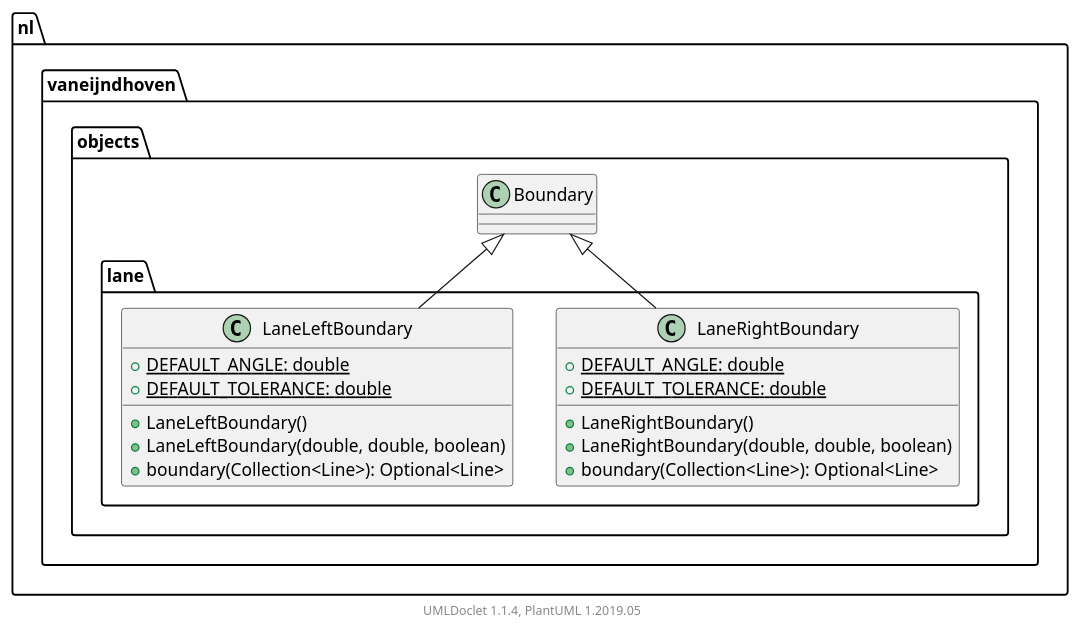
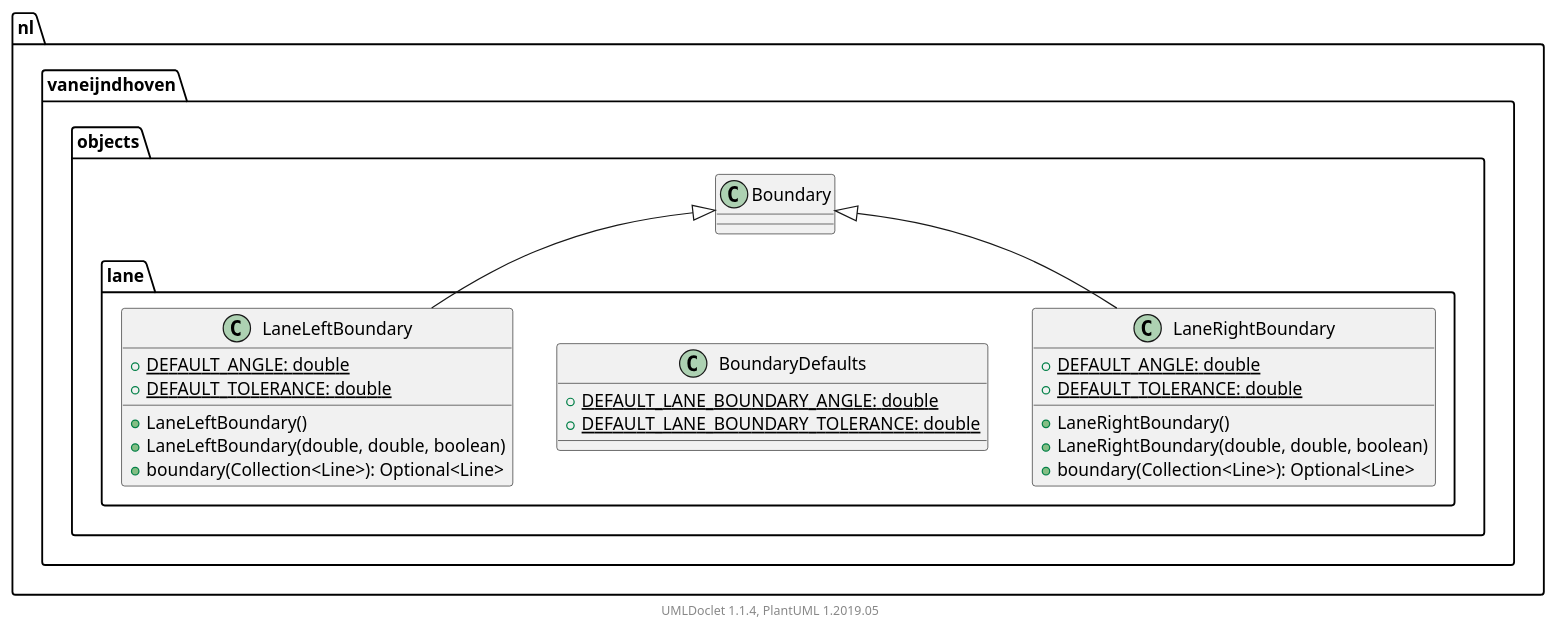
The diagram in rc-detect/rc-detect/apidocs/nl/vaneijndhoven/objects/lane/package.puml (rc-dukes/dukes), drawn with PlantUML before and after one commit. The commit also changed 2213 other files, not shown here.

```diff
--- a/rc-detect/rc-detect/apidocs/nl/vaneijndhoven/objects/lane/package.puml
+++ b/rc-detect/rc-detect/apidocs/nl/vaneijndhoven/objects/lane/package.puml
@@ -1,30 +1,35 @@
 @startuml
 
     namespace nl.vaneijndhoven.objects.lane {
 
         class LaneRightBoundary [[LaneRightBoundary.html]] {
             {static} +DEFAULT_ANGLE: double
             {static} +DEFAULT_TOLERANCE: double
             +LaneRightBoundary()
             +LaneRightBoundary(double, double, boolean)
             +boundary(Collection<Line>): Optional<Line>
+        }
+
+        class BoundaryDefaults [[BoundaryDefaults.html]] {
+            {static} +DEFAULT_LANE_BOUNDARY_ANGLE: double
+            {static} +DEFAULT_LANE_BOUNDARY_TOLERANCE: double
         }
 
         class LaneLeftBoundary [[LaneLeftBoundary.html]] {
             {static} +DEFAULT_ANGLE: double
             {static} +DEFAULT_TOLERANCE: double
             +LaneLeftBoundary()
             +LaneLeftBoundary(double, double, boolean)
             +boundary(Collection<Line>): Optional<Line>
         }
 
         class nl.vaneijndhoven.objects.Boundary
         nl.vaneijndhoven.objects.Boundary <|-- LaneRightBoundary
 
         nl.vaneijndhoven.objects.Boundary <|-- LaneLeftBoundary
 
     }
 
 
     center footer UMLDoclet 1.1.4, PlantUML 1.2019.05
 @enduml
```
